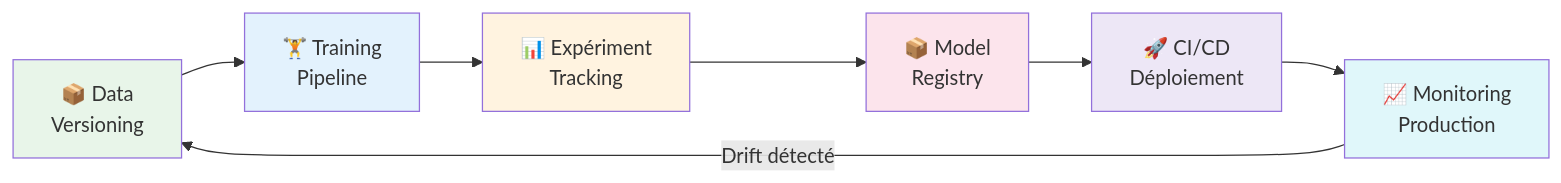
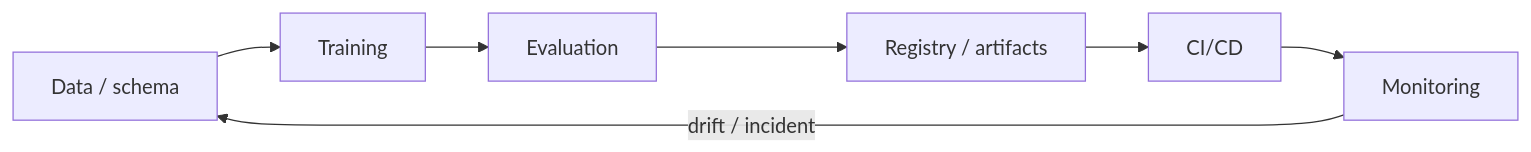
The diagram in docs/chapitre-6-machine-learning/mlops-deploiement.md (FTurleque/doc-utilisation-ia), drawn with Mermaid before and after one commit. The commit also changed other lines of this file and 261 other files, not shown here.

````diff
--- a/docs/chapitre-6-machine-learning/mlops-deploiement.md
+++ b/docs/chapitre-6-machine-learning/mlops-deploiement.md
@@ -11,16 +14,9 @@
 ```mermaid
 graph LR
-    D["📦 Data\nVersioning"] --> T["🏋️ Training\nPipeline"]
-    T --> E["📊 Expériment\nTracking"]
-    E --> R["📦 Model\nRegistry"]
-    R --> CD["🚀 CI/CD\nDéploiement"]
-    CD --> M["📈 Monitoring\nProduction"]
-    M -->|"Drift détecté"| D
-
-    style D fill:#e8f5e9
-    style T fill:#e3f2fd
-    style E fill:#fff3e0
-    style R fill:#fce4ec
-    style CD fill:#ede7f6
-    style M fill:#e0f7fa
+    D["Data / schema"] --> T["Training"]
+    T --> E["Evaluation"]
+    E --> R["Registry / artifacts"]
+    R --> C["CI/CD"]
+    C --> M["Monitoring"]
+    M -->|"drift / incident"| D
 ```
````
